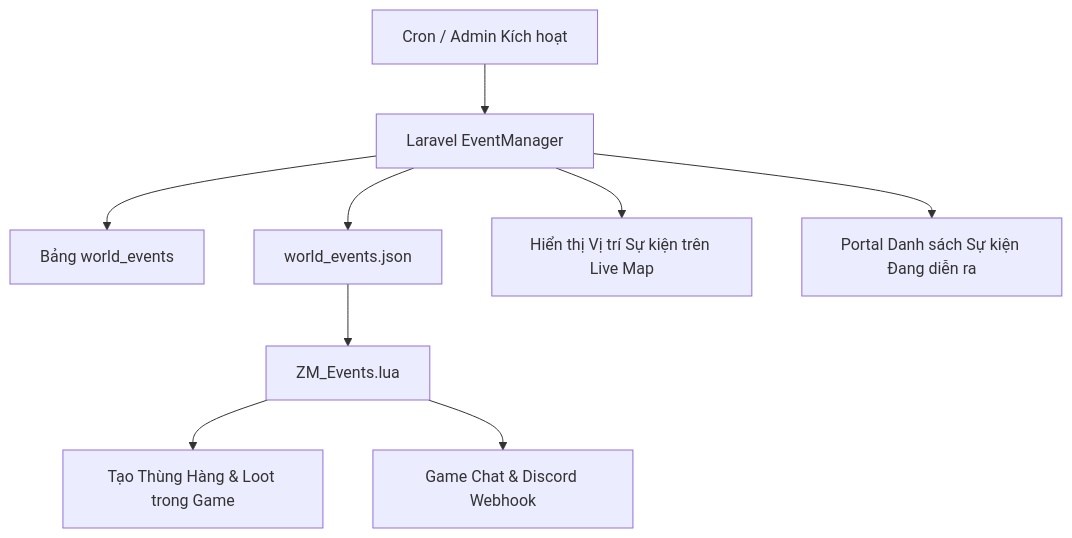
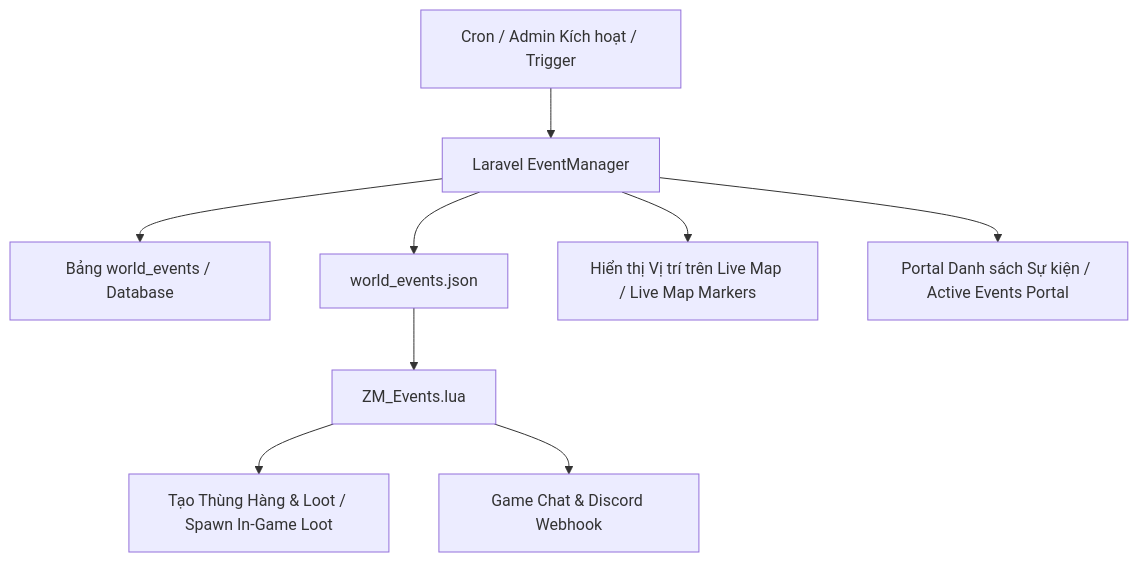
Before and after one commit to nmhung1993/ProjectZomboid_ServerManager_Webapp: the diagram in AirDrop_Horde.md, drawn with Mermaid. The commit also changed other lines of this file and 13 other files, not shown here.

````diff
--- a/AirDrop_Horde.md
+++ b/AirDrop_Horde.md
@@ -17,11 +36,11 @@
 ```mermaid
 graph TD
-    Scheduler[Cron / Admin Kích hoạt] --> EventManager[Laravel EventManager]
-    EventManager --> EventDB[Bảng world_events]
+    Scheduler[Cron / Admin Kích hoạt / Trigger] --> EventManager[Laravel EventManager]
+    EventManager --> EventDB[Bảng world_events / Database]
     EventManager --> JSONBridge[world_events.json]
     JSONBridge --> LuaEvents[ZM_Events.lua]
-    LuaEvents --> WorldSpawn[Tạo Thùng Hàng & Loot trong Game]
+    LuaEvents --> WorldSpawn[Tạo Thùng Hàng & Loot / Spawn In-Game Loot]
     LuaEvents --> Broadcast[Game Chat & Discord Webhook]
-    EventManager --> LiveMap[Hiển thị Vị trí Sự kiện trên Live Map]
-    EventManager --> WebPortal[Portal Danh sách Sự kiện Đang diễn ra]
+    EventManager --> LiveMap[Hiển thị Vị trí trên Live Map / Live Map Markers]
+    EventManager --> WebPortal[Portal Danh sách Sự kiện / Active Events Portal]
 ```
````
